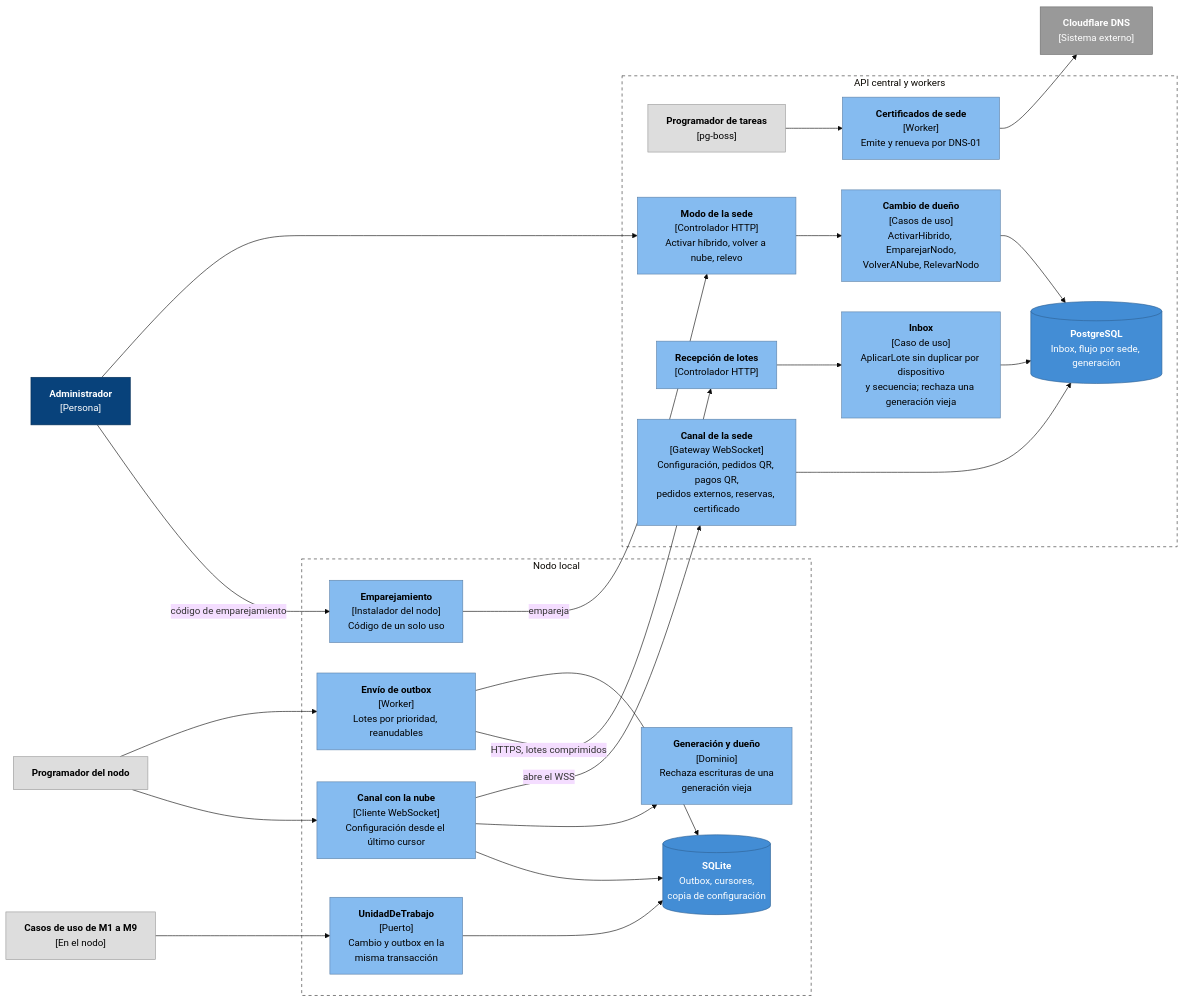
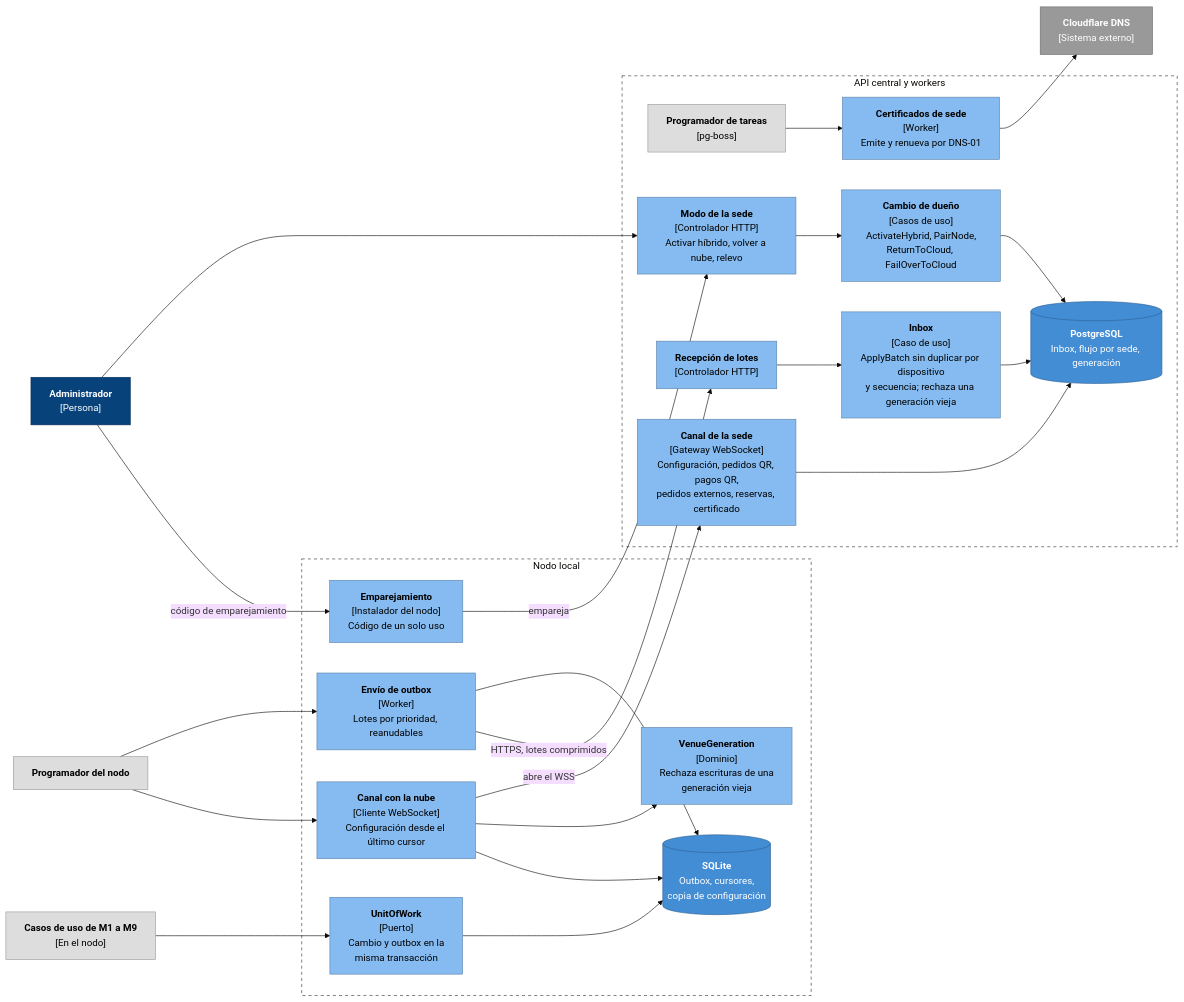
Before and after one commit to CesarJOtizM/blackHole: the second of 2 diagrams in docs/arquitectura/componentes/c4-m0-plataforma.md, drawn with Mermaid (base theme). The commit also changed other lines of this file and 159 other files, not shown here.

````diff
--- a/docs/arquitectura/componentes/c4-m0-plataforma.md
+++ b/docs/arquitectura/componentes/c4-m0-plataforma.md
@@ -118,58 +120,58 @@
 ```mermaid
 flowchart LR
   ADM["<b>Administrador</b><br/>[Persona]"]:::persona
   UCS["<b>Casos de uso de M1 a M9</b><br/>[En el nodo]"]:::modulo
   PRN["<b>Programador del nodo</b>"]:::modulo
 
-  subgraph Nodo["Nodo local"]
-    EMP["<b>Emparejamiento</b><br/>[Instalador del nodo]<br/>Código de un solo uso"]:::componente
-    UOW["<b>UnidadDeTrabajo</b><br/>[Puerto]<br/>Cambio y outbox en la<br/>misma transacción"]:::componente
+  subgraph Node["Nodo local"]
+    PAIR["<b>Emparejamiento</b><br/>[Instalador del nodo]<br/>Código de un solo uso"]:::componente
+    UOW["<b>UnitOfWork</b><br/>[Puerto]<br/>Cambio y outbox en la<br/>misma transacción"]:::componente
     OUT["<b>Envío de outbox</b><br/>[Worker]<br/>Lotes por prioridad, reanudables"]:::componente
     CUR["<b>Canal con la nube</b><br/>[Cliente WebSocket]<br/>Configuración desde el último cursor"]:::componente
-    D_GEN["<b>Generación y dueño</b><br/>[Dominio]<br/>Rechaza escrituras de una<br/>generación vieja"]:::componente
+    D_GEN["<b>VenueGeneration</b><br/>[Dominio]<br/>Rechaza escrituras de una<br/>generación vieja"]:::componente
     SQ[("<b>SQLite</b><br/>Outbox, cursores,<br/>copia de configuración")]:::contenedor
   end
 
-  subgraph Nube["API central y workers"]
+  subgraph Cloud["API central y workers"]
     PRG["<b>Programador de tareas</b><br/>[pg-boss]"]:::modulo
-    MODO["<b>Modo de la sede</b><br/>[Controlador HTTP]<br/>Activar híbrido, volver a nube, relevo"]:::componente
+    MODE["<b>Modo de la sede</b><br/>[Controlador HTTP]<br/>Activar híbrido, volver a nube, relevo"]:::componente
     RX["<b>Recepción de lotes</b><br/>[Controlador HTTP]"]:::componente
     PUB["<b>Canal de la sede</b><br/>[Gateway WebSocket]<br/>Configuración, pedidos QR, pagos QR,<br/>pedidos externos, reservas, certificado"]:::componente
     CERT["<b>Certificados de sede</b><br/>[Worker]<br/>Emite y renueva por DNS-01"]:::componente
-    UC_MODO["<b>Cambio de dueño</b><br/>[Casos de uso]<br/>ActivarHibrido, EmparejarNodo,<br/>VolverANube, RelevarNodo"]:::componente
-    UC_RX["<b>Inbox</b><br/>[Caso de uso]<br/>AplicarLote sin duplicar por dispositivo<br/>y secuencia; rechaza una generación vieja"]:::componente
+    UC_MODE["<b>Cambio de dueño</b><br/>[Casos de uso]<br/>ActivateHybrid, PairNode,<br/>ReturnToCloud, FailOverToCloud"]:::componente
+    UC_RX["<b>Inbox</b><br/>[Caso de uso]<br/>ApplyBatch sin duplicar por dispositivo<br/>y secuencia; rechaza una generación vieja"]:::componente
     PGN[("<b>PostgreSQL</b><br/>Inbox, flujo por sede, generación")]:::contenedor
   end
 
   CF["<b>Cloudflare DNS</b><br/>[Sistema externo]"]:::externo
 
-  ADM --> MODO
-  ADM -- "código de emparejamiento" --> EMP
+  ADM --> MODE
+  ADM -- "código de emparejamiento" --> PAIR
   UCS --> UOW
   PRN --> OUT
   PRN --> CUR
   PRG --> CERT
 
-  EMP -- "empareja" --> MODO
+  PAIR -- "empareja" --> MODE
   UOW --> SQ
   OUT --> SQ
   OUT -- "HTTPS, lotes comprimidos" --> RX
   CUR -- "abre el WSS" --> PUB
   CUR --> D_GEN
   CUR --> SQ
 
-  MODO --> UC_MODO
+  MODE --> UC_MODE
   RX --> UC_RX
   PUB --> PGN
-  UC_MODO --> PGN
+  UC_MODE --> PGN
   UC_RX --> PGN
   CERT --> CF
 
   classDef persona fill:#08427b,stroke:#052e56,color:#fff
   classDef componente fill:#85bbf0,stroke:#5d82a8,color:#000
   classDef contenedor fill:#438dd5,stroke:#2e6295,color:#fff
   classDef modulo fill:#dddddd,stroke:#999999,color:#000
   classDef externo fill:#999999,stroke:#6b6b6b,color:#fff
-  style Nodo fill:none,stroke:#333,stroke-dasharray: 5 5
-  style Nube fill:none,stroke:#333,stroke-dasharray: 5 5
+  style Node fill:none,stroke:#333,stroke-dasharray: 5 5
+  style Cloud fill:none,stroke:#333,stroke-dasharray: 5 5
 ```
````
